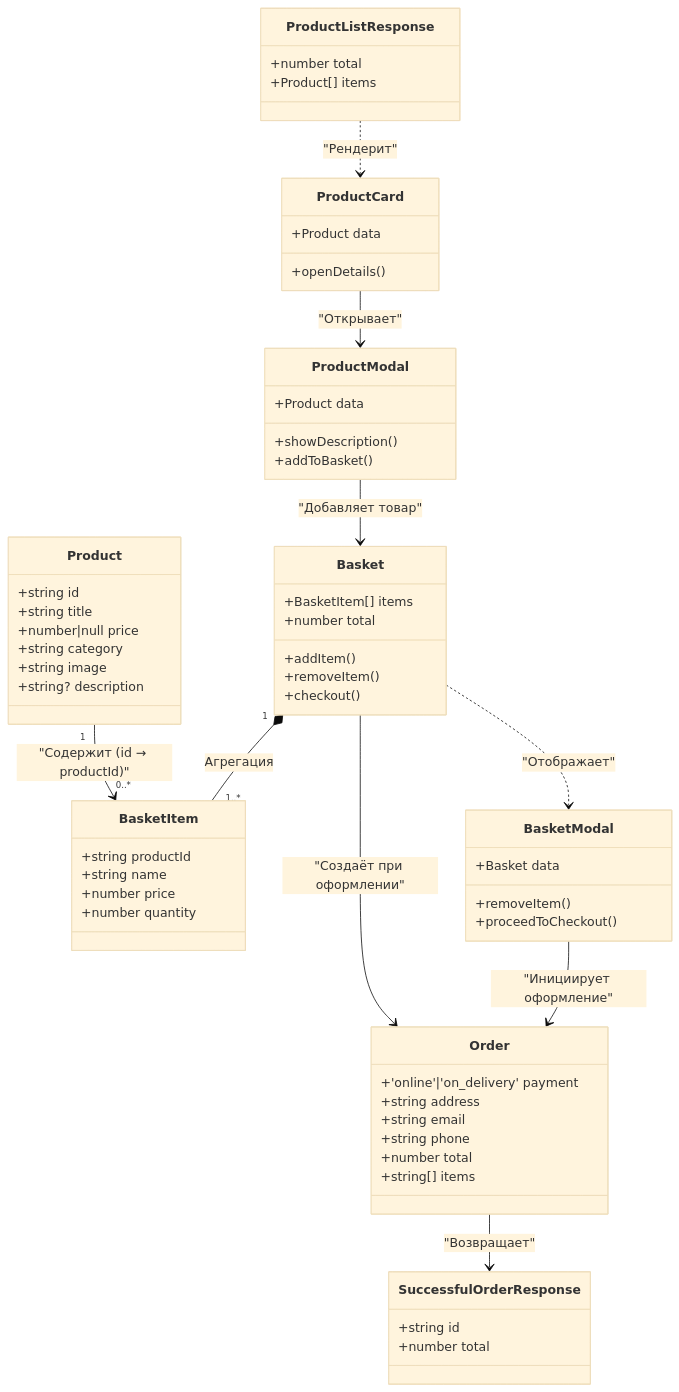
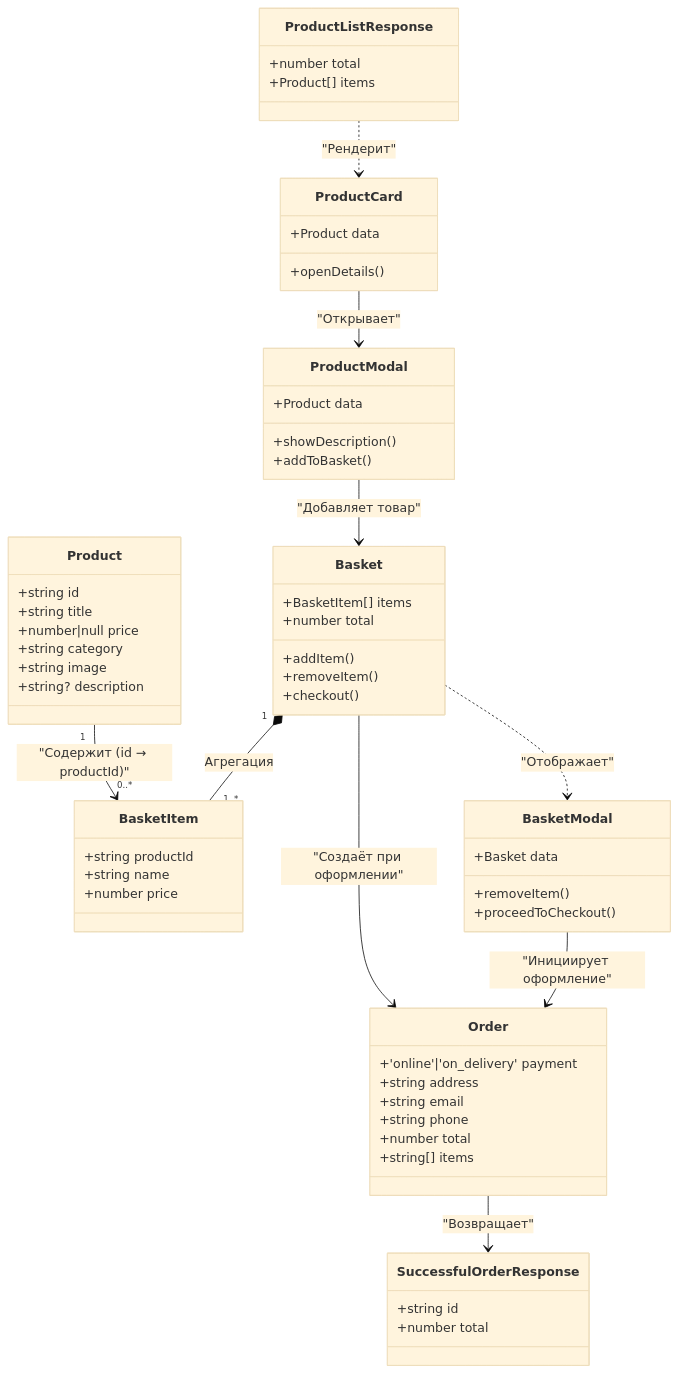
One commit to Whimsy-rat-trap/web-larek-frontend changed the diagram in README.md. Above: the diagram before and after it, drawn with Mermaid (base theme). The commit also changed 1 other file, not shown here.

Commit message:
Version 0.1.8(Added methods to classes)

````diff
--- a/README.md
+++ b/README.md
@@ -83,79 +83,78 @@
 ```mermaid
 classDiagram
     direction TB
     
     %% Основные классы данных
     class Product {
         +string id
         +string title
         +number|null price
         +string category
         +string image
         +string? description
     }
 
     class BasketItem {
         +string productId
         +string name
         +number price
-        +number quantity
     }
 
     class Basket {
         +BasketItem[] items
         +number total
         +addItem()
         +removeItem()
         +checkout()
     }
 
     class Order {
         +'online'|'on_delivery' payment
         +string address
         +string email
         +string phone
         +number total
         +string[] items
     }
 
     class SuccessfulOrderResponse {
         +string id
         +number total
     }
 
     %% UI компоненты
     class ProductListResponse {
         +number total
         +Product[] items
     }
 
     class ProductCard {
         +Product data
         +openDetails()
     }
 
     class ProductModal {
         +Product data
         +showDescription()
         +addToBasket()
     }
 
     class BasketModal {
         +Basket data
         +removeItem()
         +proceedToCheckout()
     }
 
     %% Связи между компонентами
     Product "1" --> "0..*" BasketItem : "Содержит (id → productId)"
     Basket "1" *-- "1..*" BasketItem : Агрегация
     Basket --> Order : "Создаёт при оформлении"
     Order --> SuccessfulOrderResponse : "Возвращает"
 
     %% Взаимодействие UI
     ProductListResponse ..> ProductCard : "Рендерит"
     ProductCard --> ProductModal : "Открывает"
     ProductModal --> Basket : "Добавляет товар"
     Basket ..> BasketModal : "Отображает"
     BasketModal --> Order : "Инициирует оформление"
 ```
````
